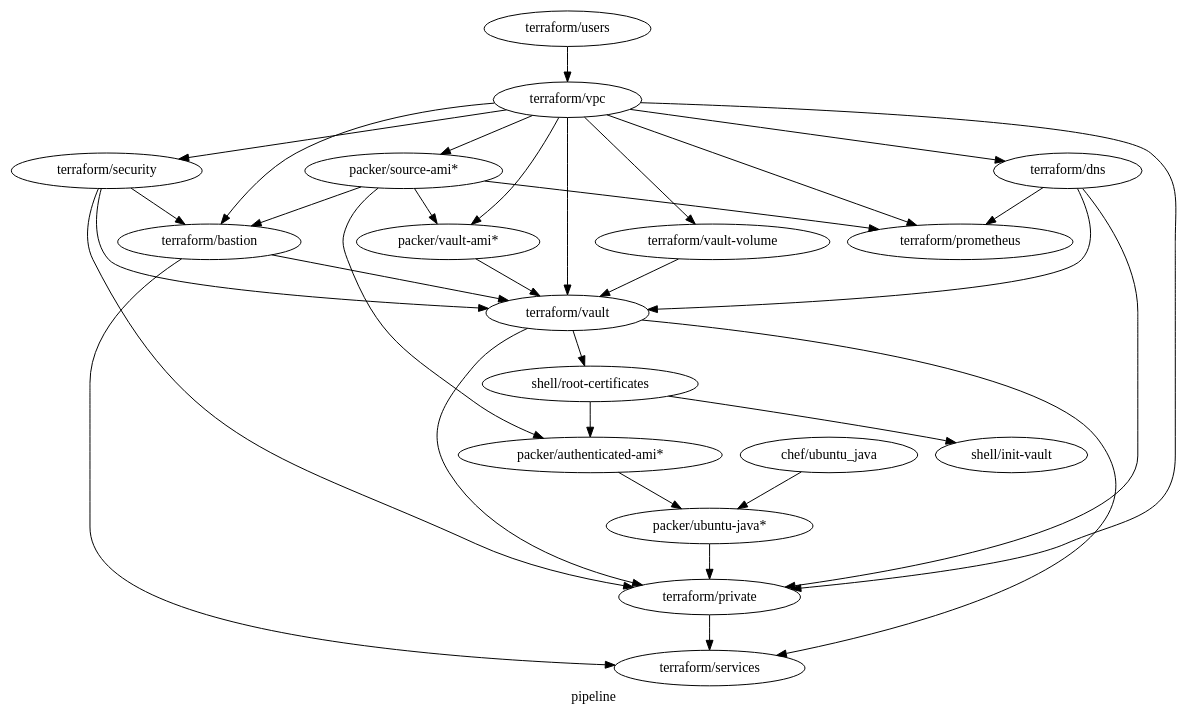
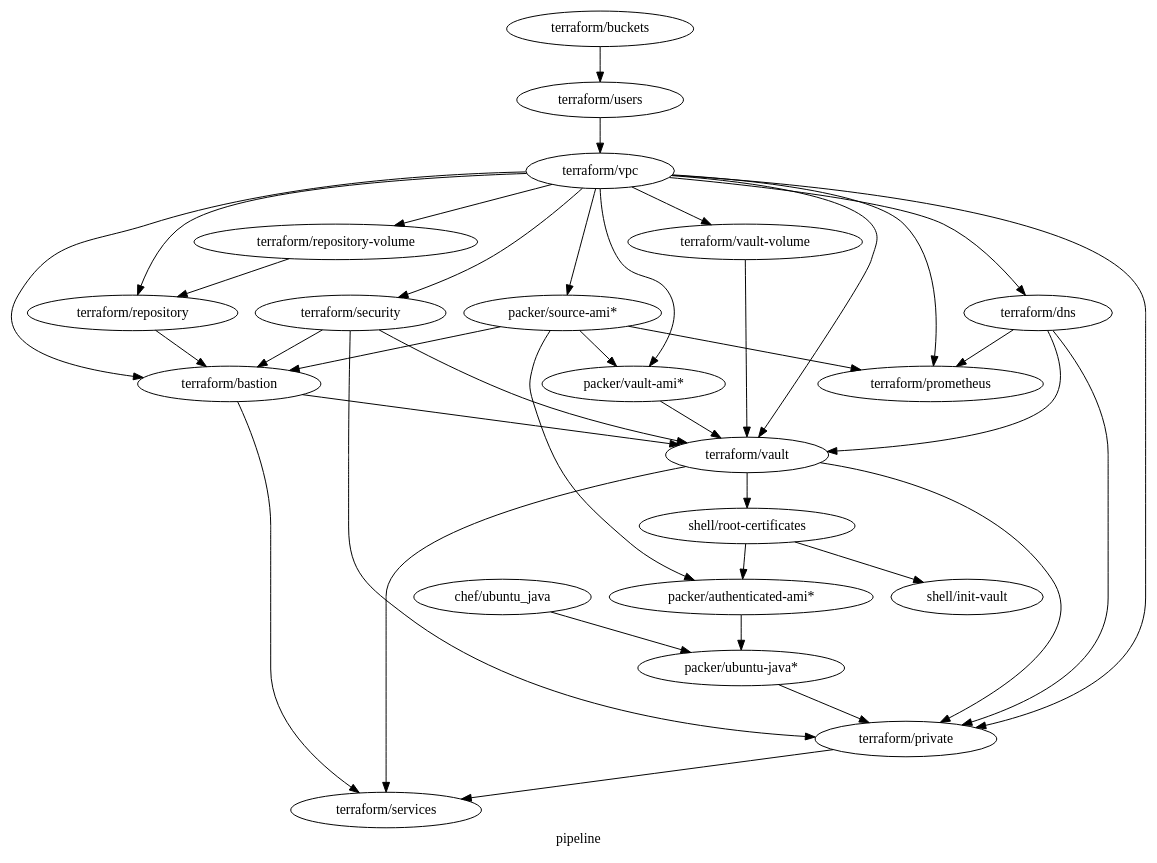
One commit to samsquire/mazzle-starter changed the diagram in architecture.dot. Above: the diagram before and after it, drawn with Graphviz. The commit also changed other lines of this file and 116 other files, not shown here.

```diff
--- a/architecture.dot
+++ b/architecture.dot
@@ -1,93 +1,84 @@
 digraph G {
   label="pipeline";
 
-/* List your components */  
+/* List your components */
+"terraform/buckets";
 "chef/ubuntu_java";
 "packer/source-ami*";
 "packer/ubuntu-java*";
 "terraform/vpc";
 "terraform/users";
 "terraform/bastion";
- "terraform/private"; 
-/* "terraform/repository"; */
-/* "terraform/repository-volume"; */
+ "terraform/private";
+"terraform/repository";
+"terraform/repository-volume";
 "packer/vault-ami*";
 "terraform/vault";
 "terraform/security";
 "terraform/services";
 "terraform/dns";
 "shell/root-certificates";
 "packer/authenticated-ami*";
-
+"terraform/vpc" -> "terraform/repository-volume";
+"terraform/repository-volume" -> "terraform/repository";
 "packer/source-ami*" -> "terraform/prometheus";
 "terraform/vpc" -> "terraform/prometheus";
-
+"terraform/repository" -> "terraform/bastion";
+"terraform/vpc" -> "terraform/repository";
 
 /* "terraform/elasticsearch"; */
 
 /* List dependencies */
 "packer/source-ami*" -> "terraform/bastion";
 
-/* "terraform/vpc" -> "terraform/repository"; */
-/* "terraform/dns" -> "terraform/repository"; */
-/* "terraform/security" -> "terraform/repository"; */
-/* "terraform/repository" -> "packer/source-ami"; */
 
 "terraform/vpc" -> "terraform/dns";
  "terraform/vault" -> "terraform/private";
-/* "terraform/vpc" -> "terraform/repository-volume"; */
-/* "terraform/repository-volume" -> "terraform/repository"; */
+
 
 "terraform/vault" -> "terraform/services";
 "terraform/bastion" -> "terraform/services";
 "terraform/private" -> "terraform/services";
 
 "terraform/vpc" -> "terraform/vault-volume";
 "terraform/vpc" -> "packer/source-ami*";
 
 "terraform/vpc" -> "packer/vault-ami*";
 "packer/vault-ami*" -> "terraform/vault";
 
 "terraform/vault-volume" -> "terraform/vault";
 
 "packer/source-ami*" -> "packer/vault-ami*";
 
  "terraform/dns" -> "terraform/private";
  "terraform/dns" -> "terraform/vault";
 
 "terraform/security" -> "terraform/vault"
 "terraform/vpc" -> "terraform/vault";
 
 "terraform/security" -> "terraform/bastion";
- "terraform/security" -> "terraform/private"; 
+ "terraform/security" -> "terraform/private";
 "terraform/vpc" -> "terraform/security";
 
 "chef/ubuntu_java" -> "packer/ubuntu-java*";
+
 "terraform/users" -> "terraform/vpc"
 
 "terraform/vpc" ->"terraform/private";
 
 "terraform/vpc" -> "terraform/bastion";
 "terraform/vault" -> "shell/root-certificates";
 "terraform/bastion" -> "terraform/vault";
 
 "shell/root-certificates" -> "packer/authenticated-ami*";
 
 "packer/ubuntu-java*" -> "terraform/private";
 
 "packer/source-ami*" -> "packer/authenticated-ami*";
 "packer/authenticated-ami*" -> "packer/ubuntu-java*";
 
 "shell/root-certificates" -> "shell/init-vault";
 
-/* "fpm/node*" */
-
-/* "shell/init" -> "shell/test"; */
-
  "terraform/dns" -> "terraform/prometheus";
-
-/* "terraform/vpc" -> "terraform/elasticsearch"; */
-
-/* "packer/ubuntu-java*" -> "terraform/elasticsearch"; */
-
+ "terraform/buckets" -> "terraform/users";
 }
```
